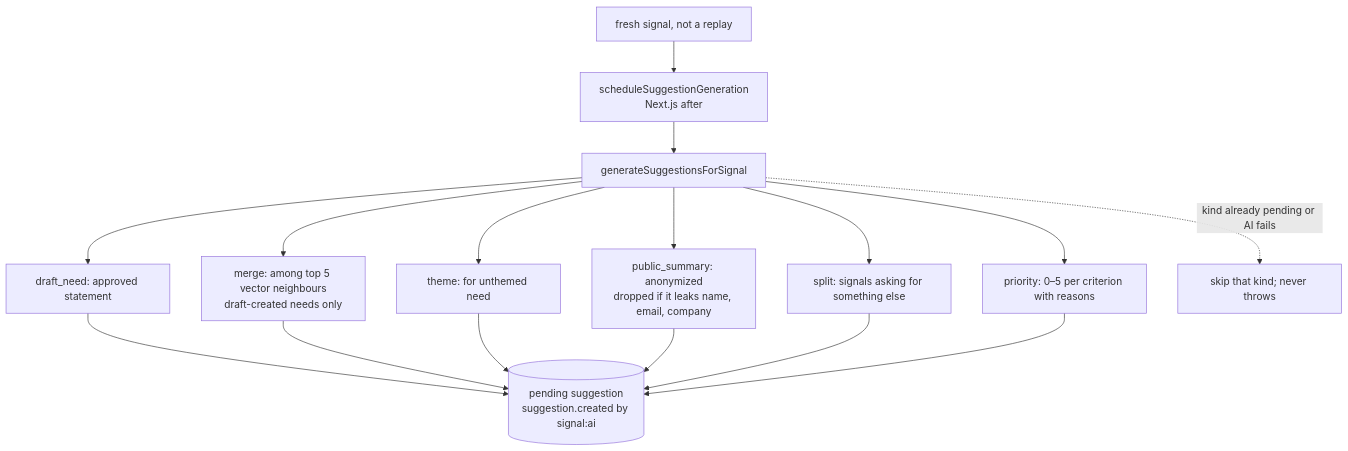
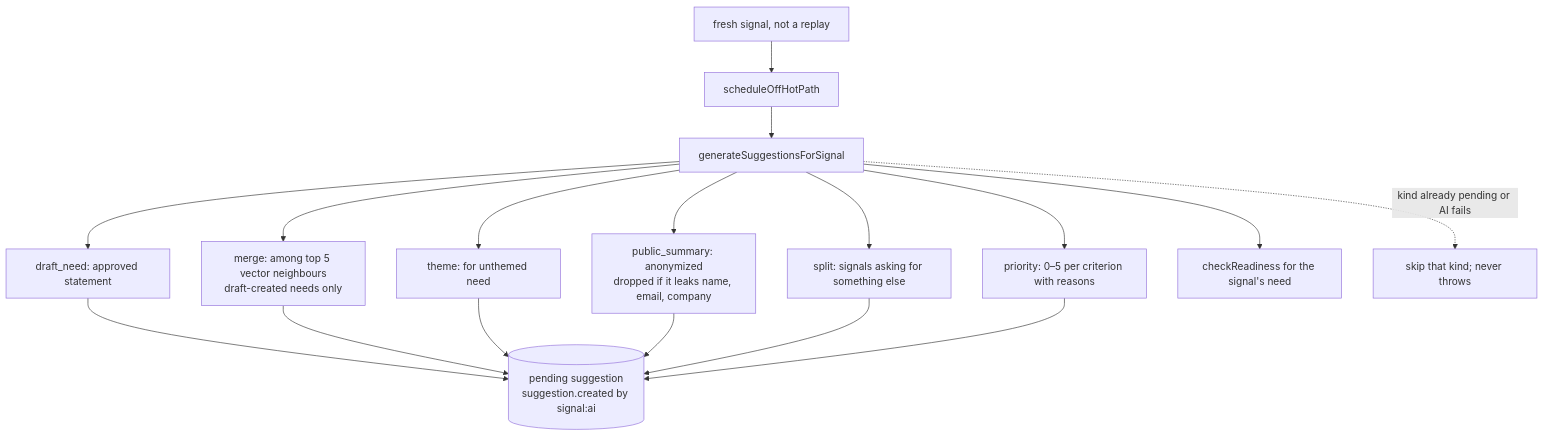
One commit to gaboesquivel/flow-signal changed the third of 6 diagrams in docs/harness/ai-pipelines.md. Above: the diagram before and after it, drawn with Mermaid. The commit also changed other lines of this file and 7 other files, not shown here.

First line of the commit message:
docs(harness): refresh diagrams for specs 006, 007, and 010 (#12)

````diff
--- a/docs/harness/ai-pipelines.md
+++ b/docs/harness/ai-pipelines.md
@@ -55,13 +56,14 @@
 ```mermaid
 flowchart TD
-  SIG[fresh signal, not a replay] --> SCH[scheduleSuggestionGeneration<br/>Next.js after]
+  SIG[fresh signal, not a replay] --> SCH[scheduleOffHotPath]
   SCH --> GEN[generateSuggestionsForSignal]
   GEN --> K1[draft_need: approved statement]
   GEN --> K2[merge: among top 5 vector neighbours<br/>draft-created needs only]
   GEN --> K3[theme: for unthemed need]
   GEN --> K4[public_summary: anonymized<br/>dropped if it leaks name, email, company]
   GEN --> K5[split: signals asking for something else]
   GEN --> K6[priority: 0–5 per criterion with reasons]
   K1 & K2 & K3 & K4 & K5 & K6 --> PEND[(pending suggestion<br/>suggestion.created by signal:ai)]
+  GEN --> RC[checkReadiness for the signal's need]
   GEN -. kind already pending or AI fails .-> SKIP[skip that kind; never throws]
 ```
````
